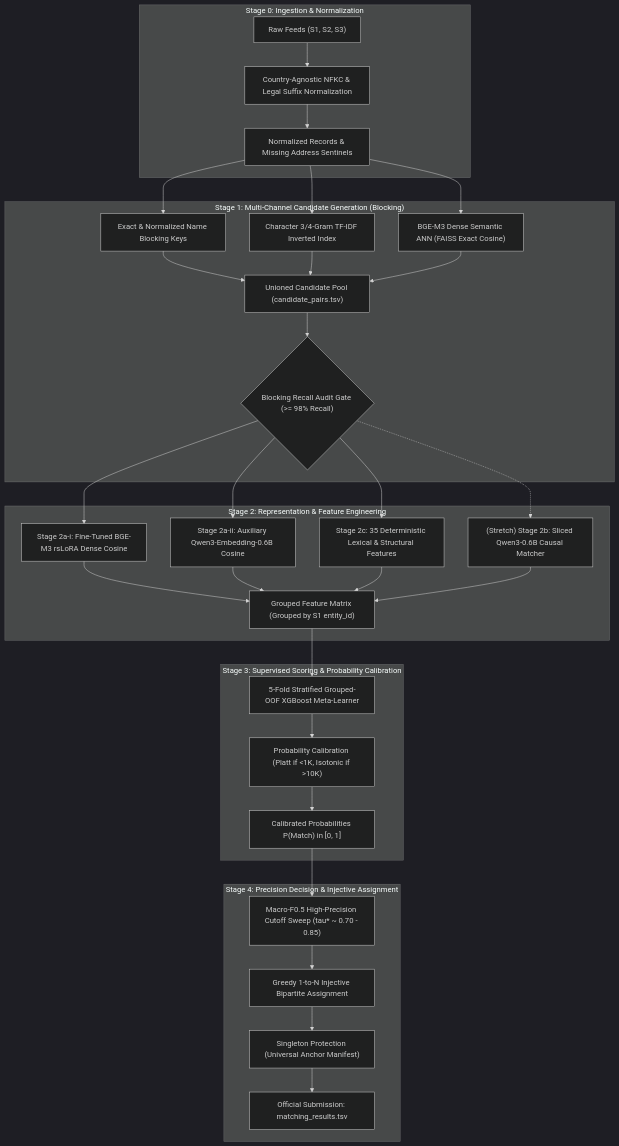
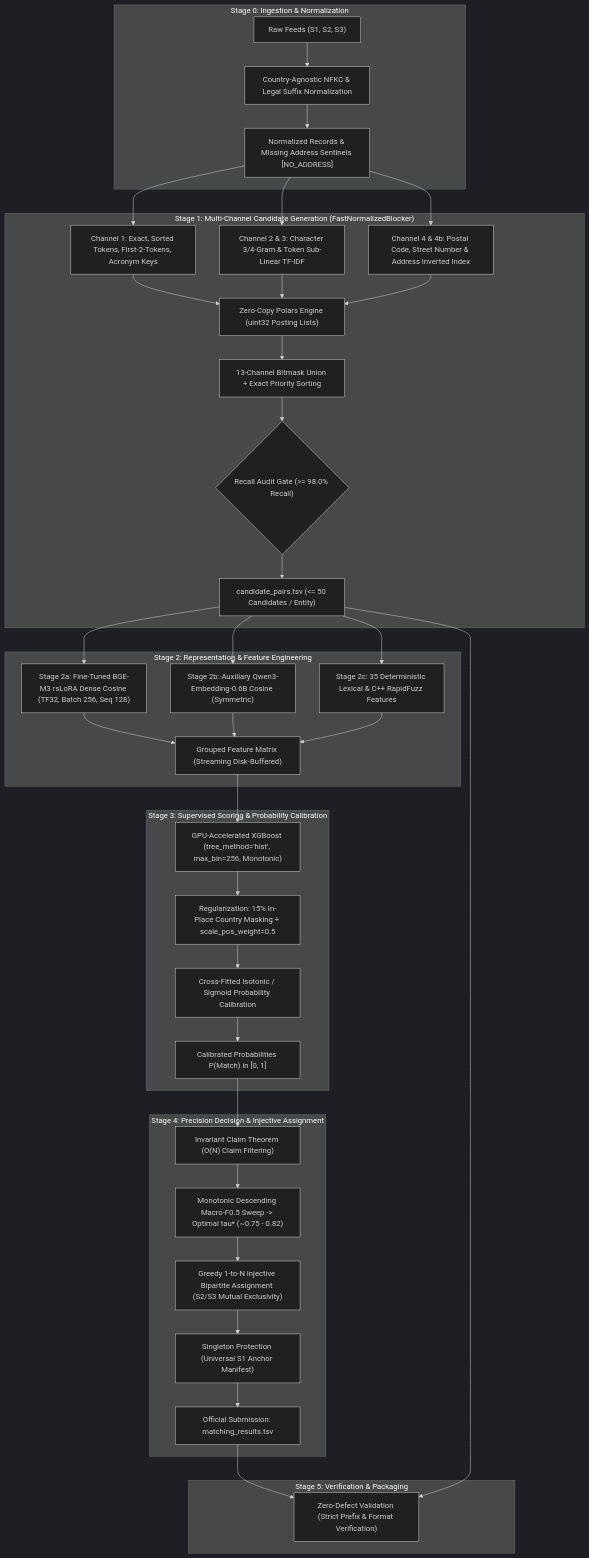
The diagram in docs/README.md (priyanshu-ogdev/AmazonMLChallenge2026), drawn with Mermaid (dark theme) before and after one commit. The commit also changed other lines of this file and 10 other files, not shown here.

Commit message:
docs: sync architecture, invariants, and memory optimizations

````diff
--- a/docs/README.md
+++ b/docs/README.md
@@ -12,36 +12,43 @@
 ```mermaid
 flowchart TD
     subgraph S0["Stage 0: Ingestion & Normalization"]
         R1["Raw Feeds (S1, S2, S3)"] --> N0["Country-Agnostic NFKC & Legal Suffix Normalization"]
-        N0 --> D0["Normalized Records & Missing Address Sentinels"]
+        N0 --> D0["Normalized Records & Missing Address Sentinels [NO_ADDRESS]"]
     end
 
-    subgraph S1["Stage 1: Multi-Channel Candidate Generation (Blocking)"]
-        D0 --> B1["Exact & Normalized Name Blocking Keys"]
-        D0 --> B2["Character 3/4-Gram TF-IDF Inverted Index"]
-        D0 --> B3["BGE-M3 Dense Semantic ANN (FAISS Exact Cosine)"]
-        B1 & B2 & B3 --> U1["Unioned Candidate Pool (candidate_pairs.tsv)"]
-        U1 --> G1{"Blocking Recall Audit Gate (>= 98% Recall)"}
+    subgraph S1["Stage 1: Multi-Channel Candidate Generation (FastNormalizedBlocker)"]
+        D0 --> B1["Channel 1: Exact, Sorted Tokens, First-2-Tokens, Acronym Keys"]
+        D0 --> B2["Channel 2 & 3: Character 3/4-Gram & Token Sub-Linear TF-IDF"]
+        D0 --> B3["Channel 4 & 4b: Postal Code, Street Number & Address Inverted Index"]
+        B1 & B2 & B3 --> POLARS["Zero-Copy Polars Engine (uint32 Posting Lists)"]
+        POLARS --> U1["13-Channel Bitmask Union + Exact Priority Sorting"]
+        U1 --> G1{"Recall Audit Gate (>= 98.0% Recall)"}
+        G1 --> CP_TSV["candidate_pairs.tsv (<= 50 Candidates / Entity)"]
     end
 
     subgraph S2["Stage 2: Representation & Feature Engineering"]
-        G1 --> F1["Stage 2a-i: Fine-Tuned BGE-M3 rsLoRA Dense Cosine"]
-        G1 --> F2["Stage 2a-ii: Auxiliary Qwen3-Embedding-0.6B Cosine"]
-        G1 --> F3["Stage 2c: 35 Deterministic Lexical & Structural Features"]
-        G1 -.-> F4["(Stretch) Stage 2b: Sliced Qwen3-0.6B Causal Matcher"]
-        F1 & F2 & F3 & F4 --> M2["Grouped Feature Matrix (Grouped by S1 entity_id)"]
+        CP_TSV --> F1["Stage 2a: Fine-Tuned BGE-M3 rsLoRA Dense Cosine (TF32, Batch 256, Seq 128)"]
+        CP_TSV --> F2["Stage 2b: Auxiliary Qwen3-Embedding-0.6B Cosine (Symmetric)"]
+        CP_TSV --> F3["Stage 2c: 35 Deterministic Lexical & C++ RapidFuzz Features"]
+        F1 & F2 & F3 --> M2["Grouped Feature Matrix (Streaming Disk-Buffered)"]
     end
 
     subgraph S3["Stage 3: Supervised Scoring & Probability Calibration"]
-        M2 --> G3["5-Fold Stratified Grouped-OOF XGBoost Meta-Learner"]
-        G3 --> C3["Probability Calibration (Platt if <1K, Isotonic if >10K)"]
+        M2 --> G3["GPU-Accelerated XGBoost (tree_method='hist', max_bin=256, Monotonic)"]
+        G3 --> REG["Regularization: 15% In-Place Country Masking + scale_pos_weight=0.5"]
+        REG --> C3["Cross-Fitted Isotonic / Sigmoid Probability Calibration"]
         C3 --> P3["Calibrated Probabilities P(Match) in [0, 1]"]
     end
 
     subgraph S4["Stage 4: Precision Decision & Injective Assignment"]
-        P3 --> T4["Macro-F0.5 High-Precision Cutoff Sweep (tau* ~ 0.70 - 0.85)"]
-        T4 --> I4["Greedy 1-to-N Injective Bipartite Assignment"]
-        I4 --> S4_OUT["Singleton Protection (Universal Anchor Manifest)"]
+        P3 --> ICT["Invariant Claim Theorem (O(N) Claim Filtering)"]
+        ICT --> T4["Monotonic Descending Macro-F0.5 Sweep -> Optimal tau* (~0.75 - 0.82)"]
+        T4 --> I4["Greedy 1-to-N Injective Bipartite Assignment (S2/S3 Mutual Exclusivity)"]
+        I4 --> S4_OUT["Singleton Protection (Universal S1 Anchor Manifest)"]
         S4_OUT --> O4["Official Submission: matching_results.tsv"]
     end
+
+    subgraph S5["Stage 5: Verification & Packaging"]
+        O4 & CP_TSV --> VAL["Zero-Defect Validation (Strict Prefix & Format Verification)"]
+    end
 ```
````
